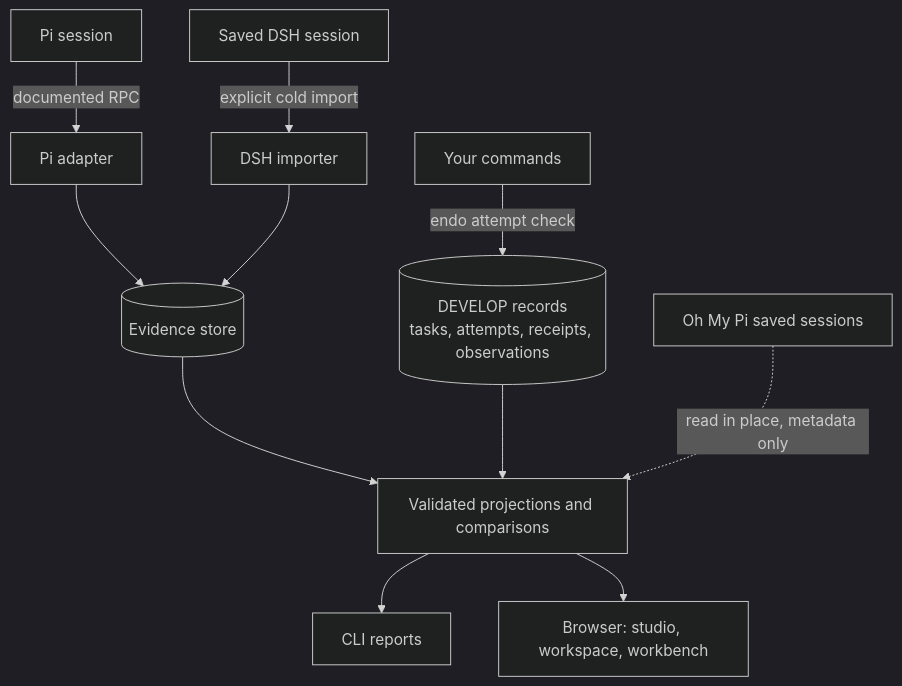
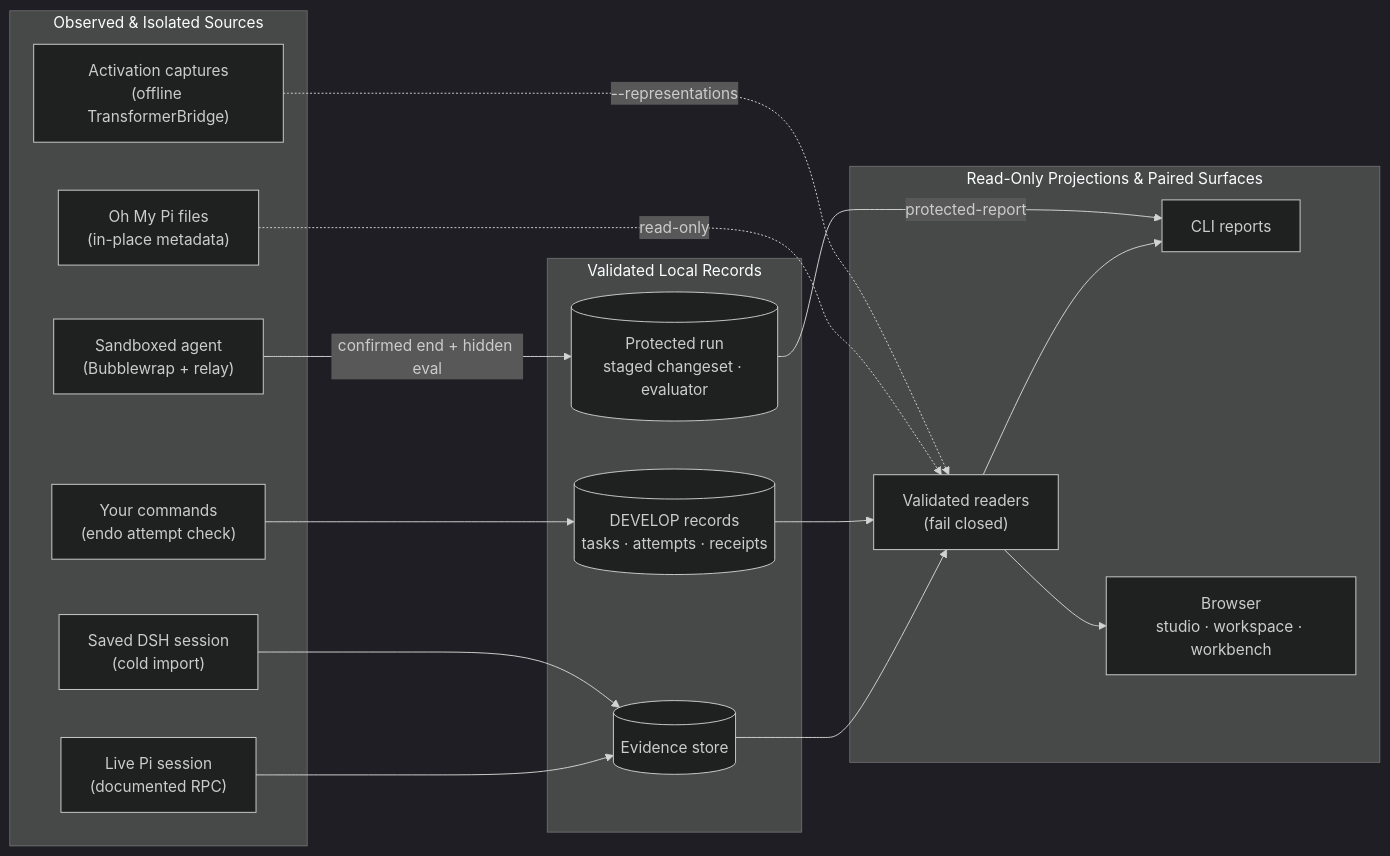
Before and after one commit to noctem-o/endophasia: the second of 2 diagrams in README.md, drawn with Mermaid (dark theme). The commit also changed other lines of this file and 2 other files, not shown here.

````diff
--- a/README.md
+++ b/README.md
@@ -507,13 +469,35 @@
 ```mermaid
-flowchart TB
-    P["Pi session"] -->|"documented RPC"| A["Pi adapter"]
-    D["Saved DSH session"] -->|"explicit cold import"| I["DSH importer"]
-    A --> S[("Evidence store")]
-    I --> S
-    Y["Your commands"] -->|"endo attempt check"| M[("DEVELOP records<br/>tasks, attempts, receipts, observations")]
-    S --> V["Validated projections and comparisons"]
+flowchart LR
+    subgraph Inputs["Observed & Isolated Sources"]
+        P["Live Pi session<br/>(documented RPC)"]
+        D["Saved DSH session<br/>(cold import)"]
+        O["Oh My Pi files<br/>(in-place metadata)"]
+        R["Activation captures<br/>(offline TransformerBridge)"]
+        X["Sandboxed agent<br/>(Bubblewrap + relay)"]
+        Y["Your commands<br/>(endo attempt check)"]
+    end
+
+    subgraph Records["Validated Local Records"]
+        S[("Evidence store")]
+        M[("DEVELOP records<br/>tasks · attempts · receipts")]
+        E[("Protected run<br/>staged changeset · evaluator")]
+    end
+
+    subgraph Surfaces["Read-Only Projections & Paired Surfaces"]
+        V["Validated readers<br/>(fail closed)"]
+        C["CLI reports"]
+        W["Browser<br/>studio · workspace · workbench"]
+    end
+
+    P --> S
+    D --> S
+    Y --> M
+    X -->|"confirmed end + hidden eval"| E
+    S --> V
     M --> V
-    O["Oh My Pi saved sessions"] -.->|"read in place, metadata only"| V
-    V --> C["CLI reports"]
-    V --> W["Browser: studio, workspace, workbench"]
+    O -.->|"read-only"| V
+    R -.->|"--representations"| V
+    V --> C
+    V --> W
+    E -->|"protected-report"| C
 ```
````
